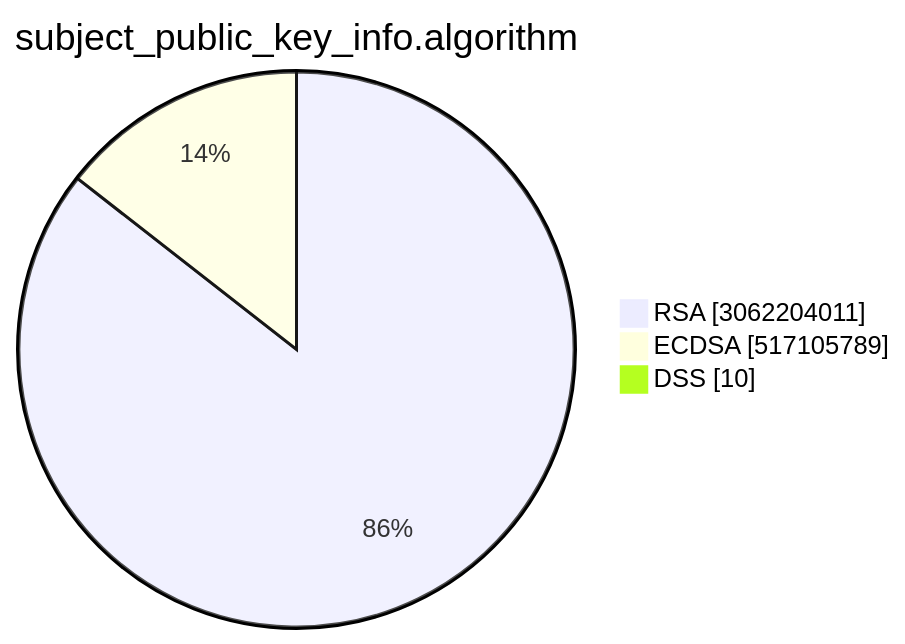
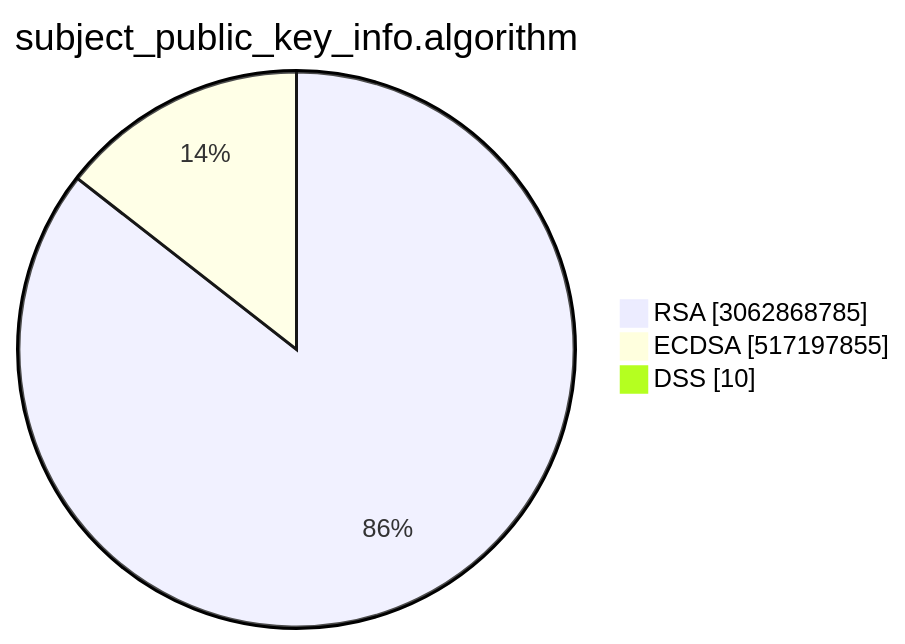
One commit to christiankrug/ctmonitor_visualization changed the second of 15 diagrams in TOTAL/README.md. Above: the diagram before and after it, drawn with Mermaid. The commit also changed other lines of this file, not shown here.

````diff
--- a/TOTAL/README.md
+++ b/TOTAL/README.md
@@ -6,7 +6,7 @@
 ```mermaid
 pie showData
 title subject_public_key_info.algorithm
-"RSA" :3062204011
-"ECDSA" :517105789
+"RSA" :3062868785
+"ECDSA" :517197855
 "DSS" :10
 ```
````
